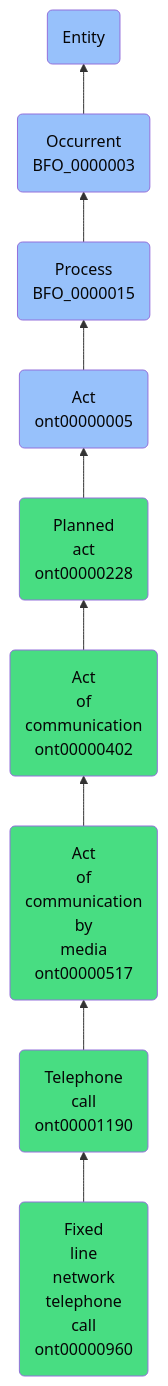
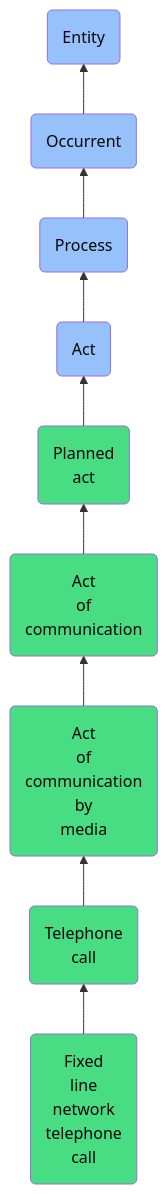
The diagram in docs/ontology/reference/model/Entity/Occurrent/Process/Act/Planned act/Act of communication/Act of communication by media/Telephone call/Fixed line network telephone call/Fixed line network telephone call.md (jupyter-naas/abi), drawn with Mermaid before and after one commit. The commit also changed other lines of this file and 1430 other files, not shown here.

````diff
--- a/docs/ontology/reference/model/Entity/Occurrent/Process/Act/Planned act/Act of communication/Act of communication by media/Telephone call/Fixed line network telephone call/Fixed line network telephone call.md
+++ b/docs/ontology/reference/model/Entity/Occurrent/Process/Act/Planned act/Act of communication/Act of communication by media/Telephone call/Fixed line network telephone call/Fixed line network telephone call.md
@@ -24,16 +24,16 @@
 ```mermaid
 graph BT
-    ont00000960(Fixed<br>line<br>network<br>telephone<br>call<br>ont00000960):::ABI-->ont00001190
-    ont00001190(Telephone<br>call<br>ont00001190):::ABI-->ont00000517
-    ont00000517(Act<br>of<br>communication<br>by<br>media<br>ont00000517):::ABI-->ont00000402
-    ont00000402(Act<br>of<br>communication<br>ont00000402):::ABI-->ont00000228
-    ont00000228(Planned<br>act<br>ont00000228):::ABI-->ont00000005
-    ont00000005(Act<br>ont00000005):::BFO-->BFO_0000015
-    BFO_0000015(Process<br>BFO_0000015):::BFO-->BFO_0000003
-    BFO_0000003(Occurrent<br>BFO_0000003):::BFO-->BFO_0000001
+    ont00000960(Fixed<br>line<br>network<br>telephone<br>call):::ABI-->ont00001190
+    ont00001190(Telephone<br>call):::ABI-->ont00000517
+    ont00000517(Act<br>of<br>communication<br>by<br>media):::ABI-->ont00000402
+    ont00000402(Act<br>of<br>communication):::ABI-->ont00000228
+    ont00000228(Planned<br>act):::ABI-->ont00000005
+    ont00000005(Act):::BFO-->BFO_0000015
+    BFO_0000015(Process):::BFO-->BFO_0000003
+    BFO_0000003(Occurrent):::BFO-->BFO_0000001
     BFO_0000001(Entity):::BFO
     
     classDef BFO fill:#97c1fb,color:#060606
     classDef CCO fill:#e4c51e,color:#060606
     classDef ABI fill:#48DD82,color:#060606
 ```
````
